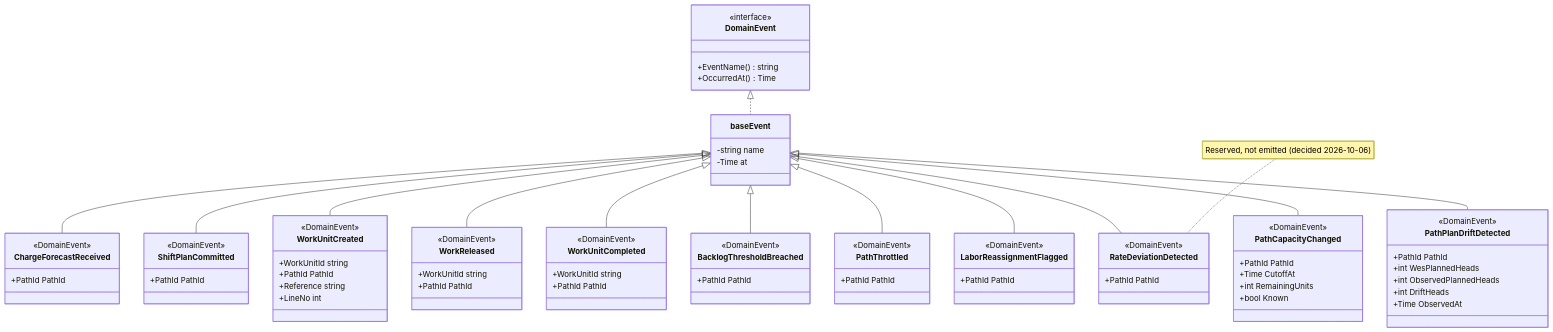
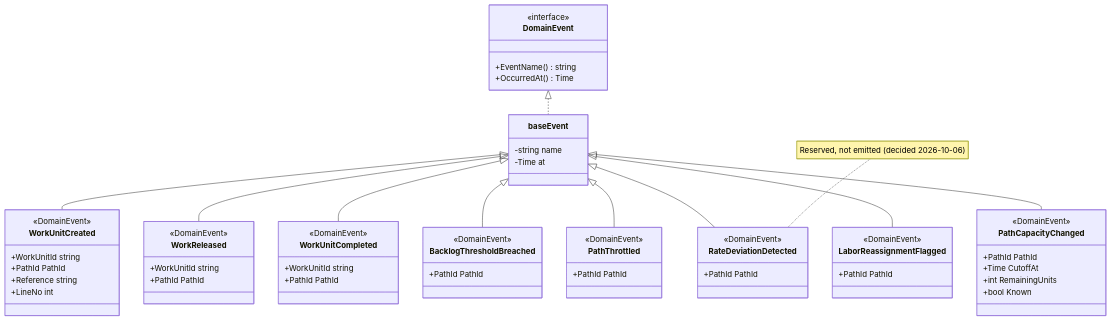
The second of 5 diagrams in docs/docs/ddd/class-diagram.md (IQVO/wes-work-planning), drawn with Mermaid before and after one commit. The commit also changed other lines of this file and 10 other files, not shown here.

````diff
--- a/docs/docs/ddd/class-diagram.md
+++ b/docs/docs/ddd/class-diagram.md
@@ -193,14 +153,6 @@
     class baseEvent {
         -string name
         -Time at
-    }
-    class ChargeForecastReceived {
-        <<DomainEvent>>
-        +PathId PathId
-    }
-    class ShiftPlanCommitted {
-        <<DomainEvent>>
-        +PathId PathId
     }
     class WorkUnitCreated {
         <<DomainEvent>>
@@ -243,18 +195,8 @@
         +int RemainingUnits
         +bool Known
     }
-    class PathPlanDriftDetected {
-        <<DomainEvent>>
-        +PathId PathId
-        +int WesPlannedHeads
-        +int ObservedPlannedHeads
-        +int DriftHeads
-        +Time ObservedAt
-    }
 
     DomainEvent <|.. baseEvent
-    baseEvent <|-- ChargeForecastReceived
-    baseEvent <|-- ShiftPlanCommitted
     baseEvent <|-- WorkUnitCreated
     baseEvent <|-- WorkReleased
     baseEvent <|-- WorkUnitCompleted
@@ -263,5 +205,4 @@
     baseEvent <|-- PathThrottled
     baseEvent <|-- LaborReassignmentFlagged
     baseEvent <|-- PathCapacityChanged
-    baseEvent <|-- PathPlanDriftDetected
 ```
````
